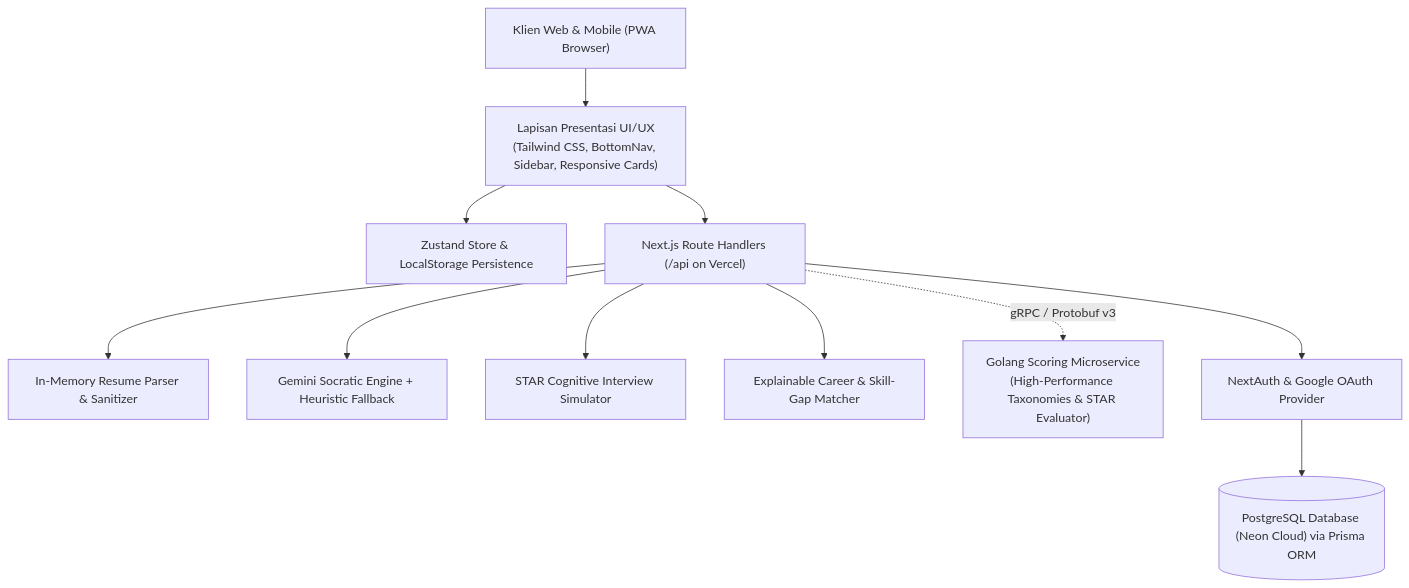
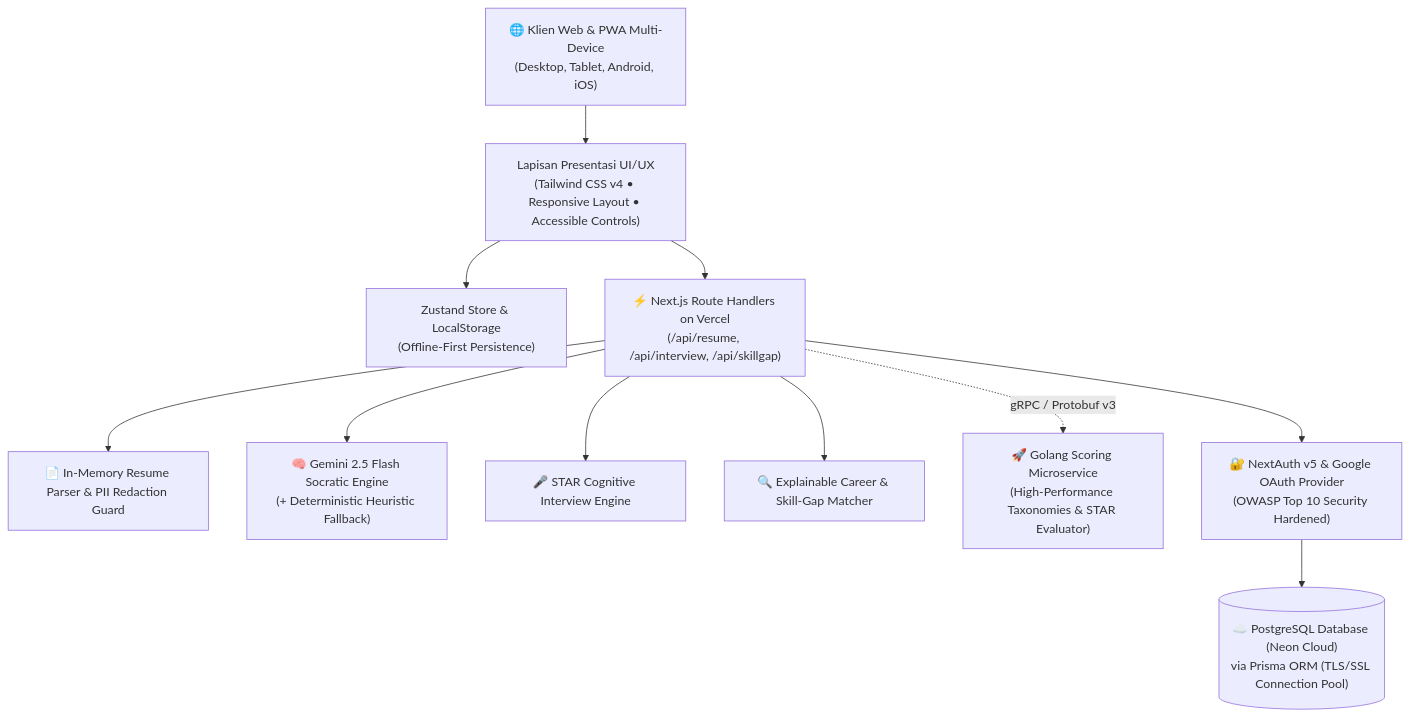
One commit to rikiardiansyah-web/CareerStudentAI changed the second of 3 diagrams in PROPOSAL.md. Above: the diagram before and after it, drawn with Mermaid. The commit also changed other lines of this file and 4 other files, not shown here.

````diff
--- a/PROPOSAL.md
+++ b/PROPOSAL.md
@@ -132,16 +212,17 @@
 ```mermaid
 graph TD
-    Client["Klien Web & Mobile (PWA Browser)"] --> UI["Lapisan Presentasi UI/UX\n(Tailwind CSS, BottomNav, Sidebar, Responsive Cards)"]
-    UI --> Store["Zustand Store & LocalStorage Persistence"]
-    
-    UI --> NextAPI["Next.js Route Handlers (/api on Vercel)"]
-    NextAPI --> ParserEngine["In-Memory Resume Parser & Sanitizer"]
-    NextAPI --> SocraticEngine["Gemini Socratic Engine + Heuristic Fallback"]
-    NextAPI --> InterviewEngine["STAR Cognitive Interview Simulator"]
-    NextAPI --> MatcherEngine["Explainable Career & Skill-Gap Matcher"]
-    
-    NextAPI -.->|gRPC / Protobuf v3| GoService["Golang Scoring Microservice\n(High-Performance Taxonomies & STAR Evaluator)"]
-    
-    NextAPI --> NextAuth["NextAuth & Google OAuth Provider"]
-    NextAuth --> CloudDB[("PostgreSQL Database (Neon Cloud) via Prisma ORM")]
+    Client["🌐 Klien Web & PWA Multi-Device\n(Desktop, Tablet, Android, iOS)"] --> UI["Lapisan Presentasi UI/UX\n(Tailwind CSS v4 • Responsive Layout • Accessible Controls)"]
+    UI --> Store["Zustand Store & LocalStorage\n(Offline-First Persistence)"]
+
+    UI --> EdgeAPI["⚡ Next.js Route Handlers on Vercel\n(/api/resume, /api/interview, /api/skillgap)"]
+
+    EdgeAPI --> Parser["📄 In-Memory Resume Parser & PII Redaction Guard"]
+    EdgeAPI --> GeminiAI["🧠 Gemini 2.5 Flash Socratic Engine\n(+ Deterministic Heuristic Fallback)"]
+    EdgeAPI --> STARSim["🎤 STAR Cognitive Interview Engine"]
+    EdgeAPI --> XAIMatch["🔍 Explainable Career & Skill-Gap Matcher"]
+
+    EdgeAPI -.->|"gRPC / Protobuf v3"| GoEngine["🚀 Golang Scoring Microservice\n(High-Performance Taxonomies & STAR Evaluator)"]
+
+    EdgeAPI --> AuthSecurity["🔐 NextAuth v5 & Google OAuth Provider\n(OWASP Top 10 Security Hardened)"]
+    AuthSecurity --> CloudDB[("☁️ PostgreSQL Database (Neon Cloud)\nvia Prisma ORM (TLS/SSL Connection Pool)")]
 ```
````
